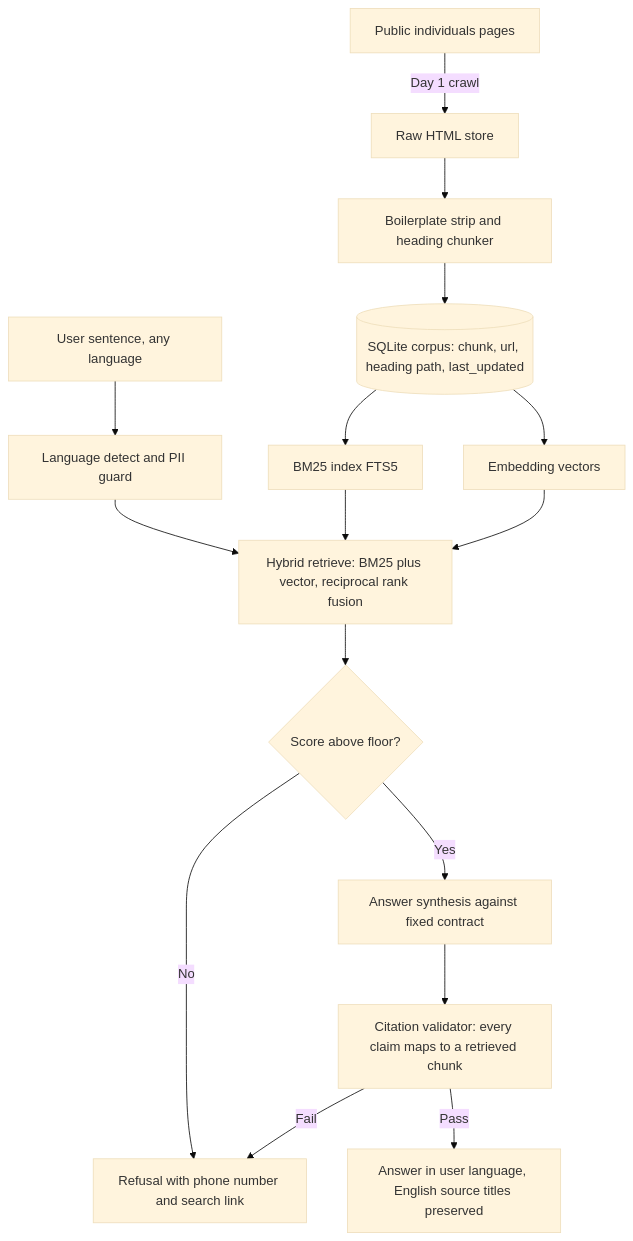
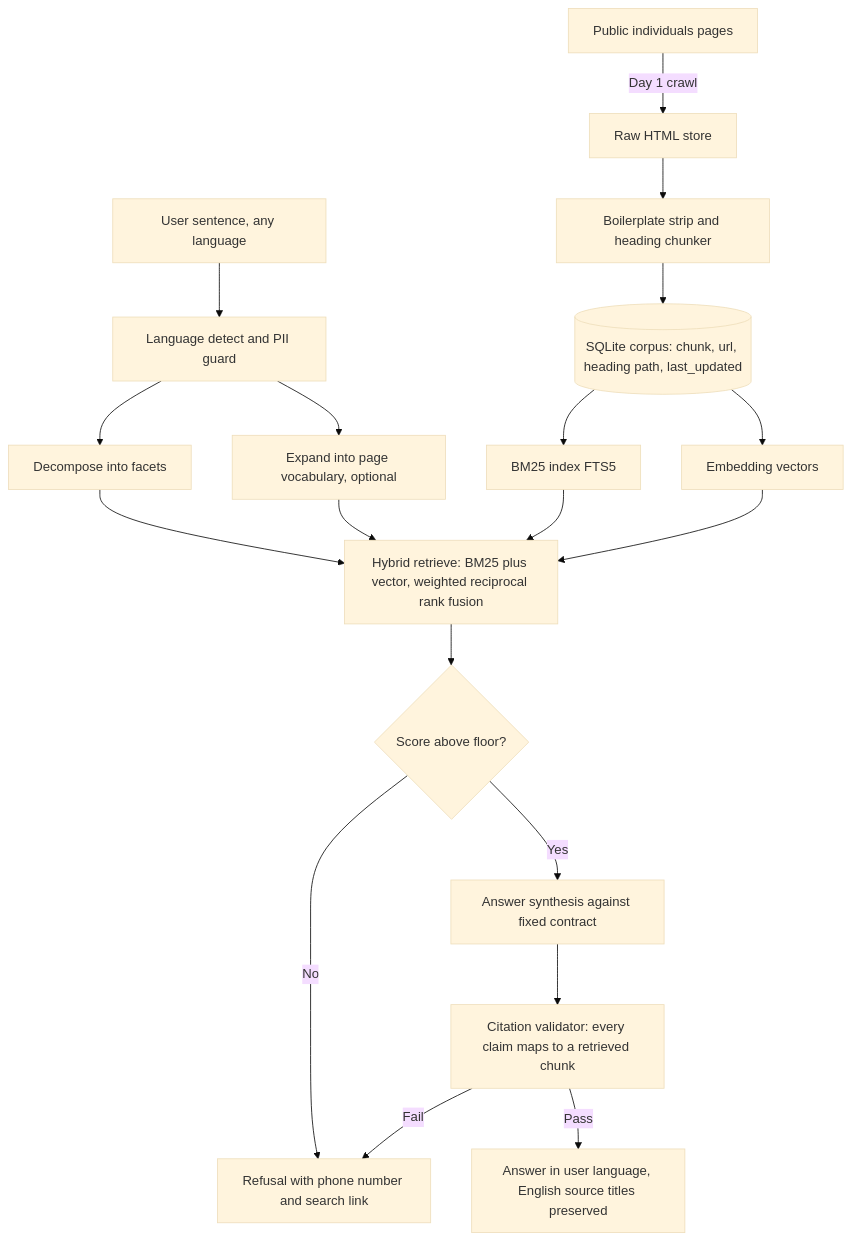
The diagram in PROTOTYPE_PLAN.md (vishal8shah/Services-Australia-demo), drawn with Mermaid (base theme) before and after one commit. The commit also changed other lines of this file and 18 other files, not shown here.

````diff
--- a/PROTOTYPE_PLAN.md
+++ b/PROTOTYPE_PLAN.md
@@ -50,18 +50,21 @@
 ```mermaid
 flowchart TD
     A[Public individuals pages] -->|Day 1 crawl| B[Raw HTML store]
     B --> C[Boilerplate strip and heading chunker]
     C --> D[(SQLite corpus: chunk, url, heading path, last_updated)]
     D --> E[BM25 index FTS5]
     D --> F[Embedding vectors]
     G[User sentence, any language] --> H[Language detect and PII guard]
-    H --> I[Hybrid retrieve: BM25 plus vector, reciprocal rank fusion]
+    H --> P[Decompose into facets]
+    H --> Q[Expand into page vocabulary, optional]
+    P --> I[Hybrid retrieve: BM25 plus vector, weighted reciprocal rank fusion]
+    Q --> I
     E --> I
     F --> I
     I --> J{Score above floor?}
     J -->|No| K[Refusal with phone number and search link]
     J -->|Yes| L[Answer synthesis against fixed contract]
     L --> M[Citation validator: every claim maps to a retrieved chunk]
     M -->|Fail| K
     M -->|Pass| N[Answer in user language, English source titles preserved]
 ```
````
